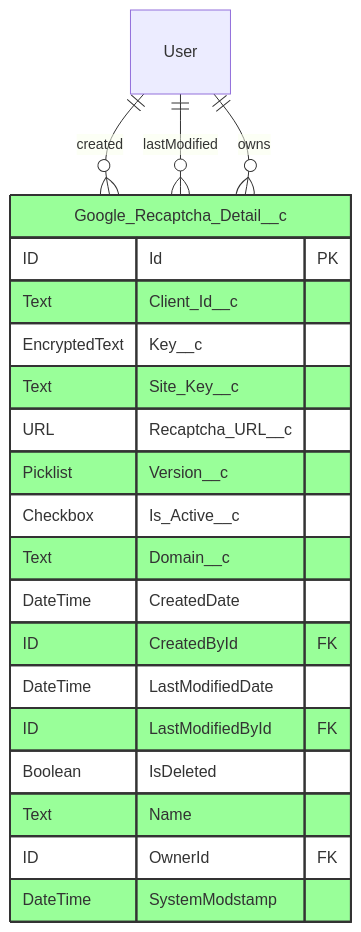
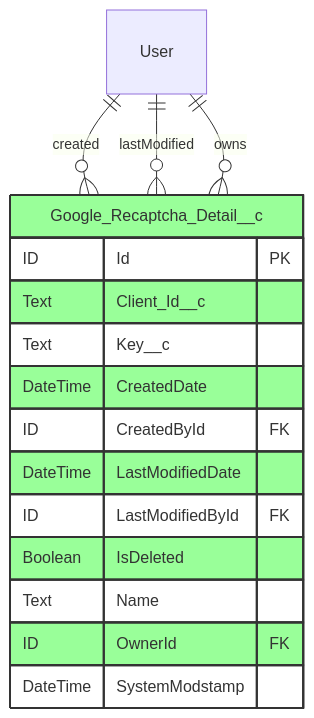
One commit to asymblinc/ProductDocumentations changed the fourth of 6 diagrams in ATS/ERD_Missing_Objects_Complete.md. Above: the diagram before and after it, drawn with Mermaid. The commit also changed other lines of this file and 12 other files, not shown here.

````diff
--- a/ATS/ERD_Missing_Objects_Complete.md
+++ b/ATS/ERD_Missing_Objects_Complete.md
@@ -132,32 +128,24 @@
 ```mermaid
 erDiagram
     Google_Recaptcha_Detail__c {
         ID Id PK
         Text Client_Id__c
-        EncryptedText Key__c
-        Text Site_Key__c
-        URL Recaptcha_URL__c
-        Picklist Version__c
-        Checkbox Is_Active__c
-        Text Domain__c
+        Text Key__c
         DateTime CreatedDate
         ID CreatedById FK
         DateTime LastModifiedDate
         ID LastModifiedById FK
         Boolean IsDeleted
         Text Name
         ID OwnerId FK
         DateTime SystemModstamp
     }
-    
+
     User ||--o{ Google_Recaptcha_Detail__c : "created"
     User ||--o{ Google_Recaptcha_Detail__c : "lastModified"
     User ||--o{ Google_Recaptcha_Detail__c : "owns"
-    
-    %% Color coding
-    classDef masterDetail fill:#ff9999,stroke:#333,stroke-width:2px
-    classDef lookup fill:#99ccff,stroke:#333,stroke-width:2px
+
     classDef standard fill:#99ff99,stroke:#333,stroke-width:2px
-    
+
     class Google_Recaptcha_Detail__c standard
 ```
````
